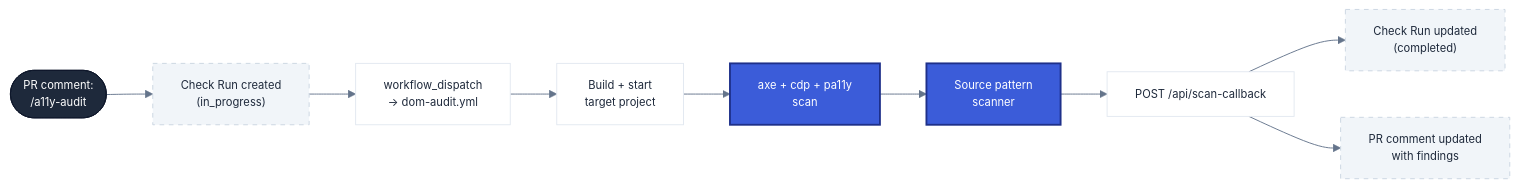
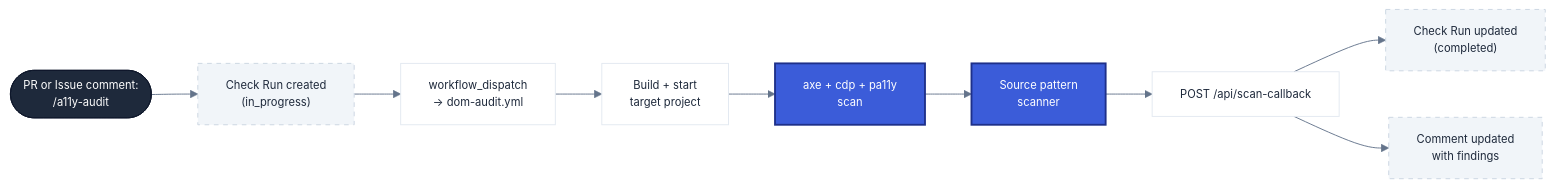
Before and after one commit to diegovelasquezweb/a11y-github-app: the second of 3 diagrams in docs/architecture.md, drawn with Mermaid. The commit also changed other lines of this file, not shown here.

Commit message:
docs: fix diagram labels and AI flow in architecture

````diff
--- a/docs/architecture.md
+++ b/docs/architecture.md
@@ -151,26 +151,26 @@
 ```mermaid
 %%{init: { 'theme': 'base', 'themeVariables': { 'primaryColor': '#3b5cd9', 'primaryTextColor': '#1e293b', 'primaryBorderColor': '#1e308a', 'lineColor': '#64748b', 'secondaryColor': '#f1f5f9', 'tertiaryColor': '#fff', 'mainBkg': '#fff', 'nodeBorder': '#e2e8f0', 'clusterBkg': '#f8fafc', 'clusterBorder': '#cbd5e1' } } }%%
 flowchart LR
-    CMD(["PR comment:<br/>/a11y-audit"])
+    CMD(["PR or Issue comment:<br/>/a11y-audit"])
     CR1["Check Run created<br/>(in_progress)"]
     WF["workflow_dispatch<br/>→ dom-audit.yml"]
     BUILD["Build + start<br/>target project"]
     SCAN["axe + cdp + pa11y<br/>scan"]
     PAT["Source pattern<br/>scanner"]
     CB["POST /api/scan-callback"]
     CR2["Check Run updated<br/>(completed)"]
-    CMT["PR comment updated<br/>with findings"]
+    CMT["Comment updated<br/>with findings"]
 
     CMD --> CR1 --> WF --> BUILD --> SCAN
     SCAN --> PAT --> CB --> CR2
     CB --> CMT
 
     classDef default font-family:Inter,sans-serif,font-size:12px;
     classDef core fill:#3b5cd9,color:#fff,stroke:#1e308a,stroke-width:2px;
     classDef trigger fill:#1e293b,color:#fff,stroke:#0f172a;
     classDef storage fill:#f1f5f9,stroke:#cbd5e1,stroke-dasharray: 5 5;
 
     class SCAN,PAT core;
     class CMD trigger;
     class CR1,CR2,CMT storage;
 ```
````
